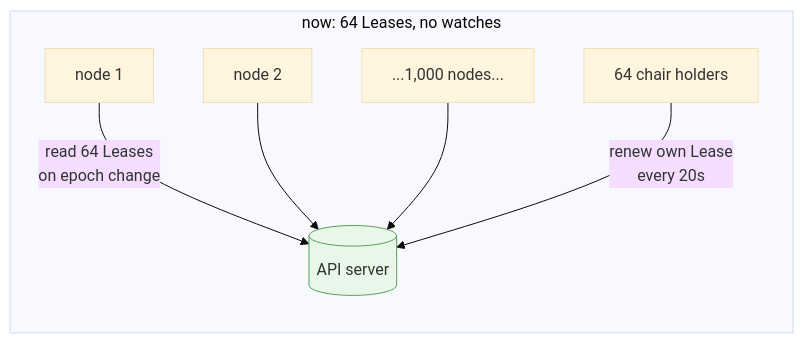
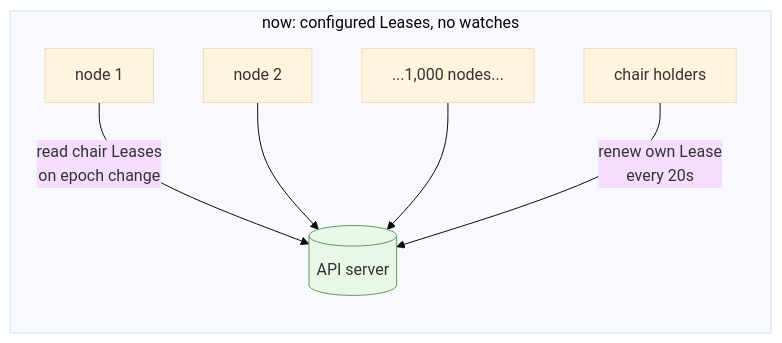
One commit to Azure/unbounded changed the eighth of 9 diagrams in designs/gantry-cold-pull-explained.md. Above: the diagram before and after it, drawn with Mermaid (base theme). The commit also changed other lines of this file and 34 other files, not shown here.

````diff
--- a/designs/gantry-cold-pull-explained.md
+++ b/designs/gantry-cold-pull-explained.md
@@ -293,12 +292,12 @@
 ```mermaid
 flowchart LR
-    subgraph after["now: 64 Leases, no watches"]
+    subgraph after["now: configured Leases, no watches"]
         direction TB
-        B1["node 1"] -->|"read 64 Leases<br/>on epoch change"| API2[("API server")]
+        B1["node 1"] -->|"read chair Leases<br/>on epoch change"| API2[("API server")]
         B2["node 2"] --> API2
         B3["...1,000 nodes..."] --> API2
-        CH["64 chair holders"] -->|"renew own Lease<br/>every 20s"| API2
+        CH["chair holders"] -->|"renew own Lease<br/>every 20s"| API2
     end
 
     style API2 fill:#e9f7e9,stroke:#5c9c5c
 ```
````
